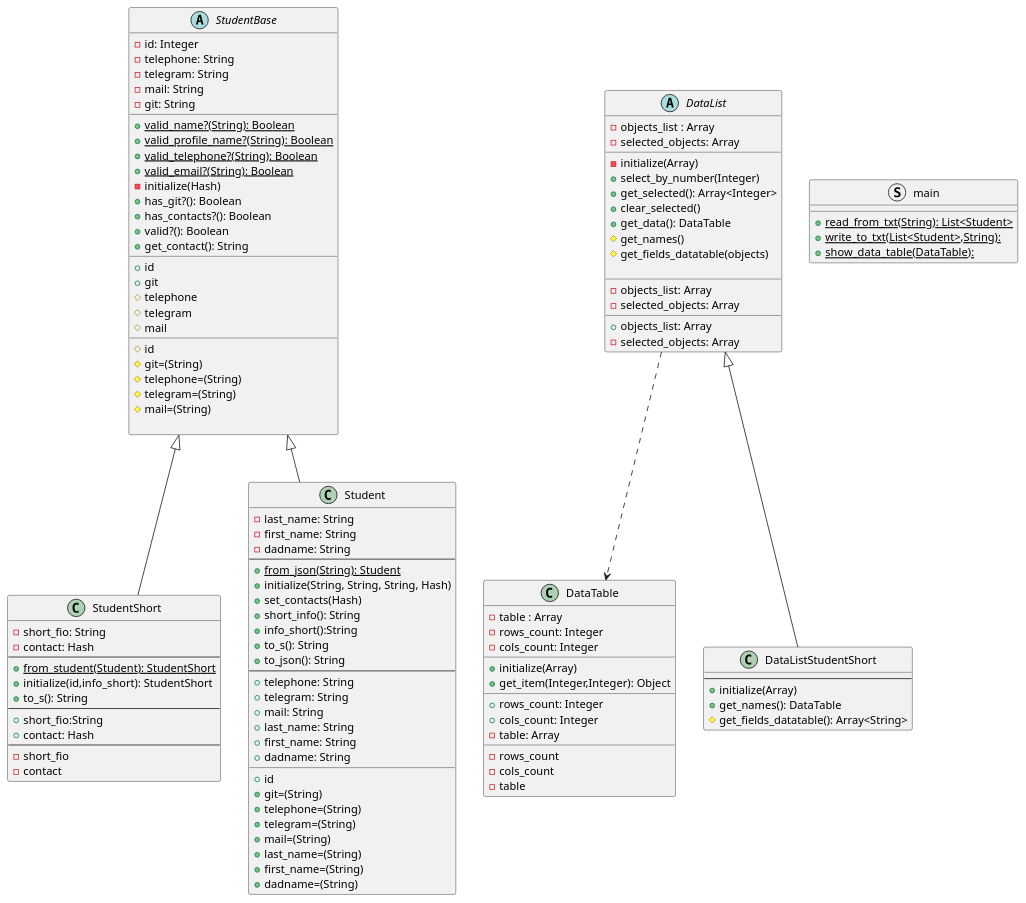
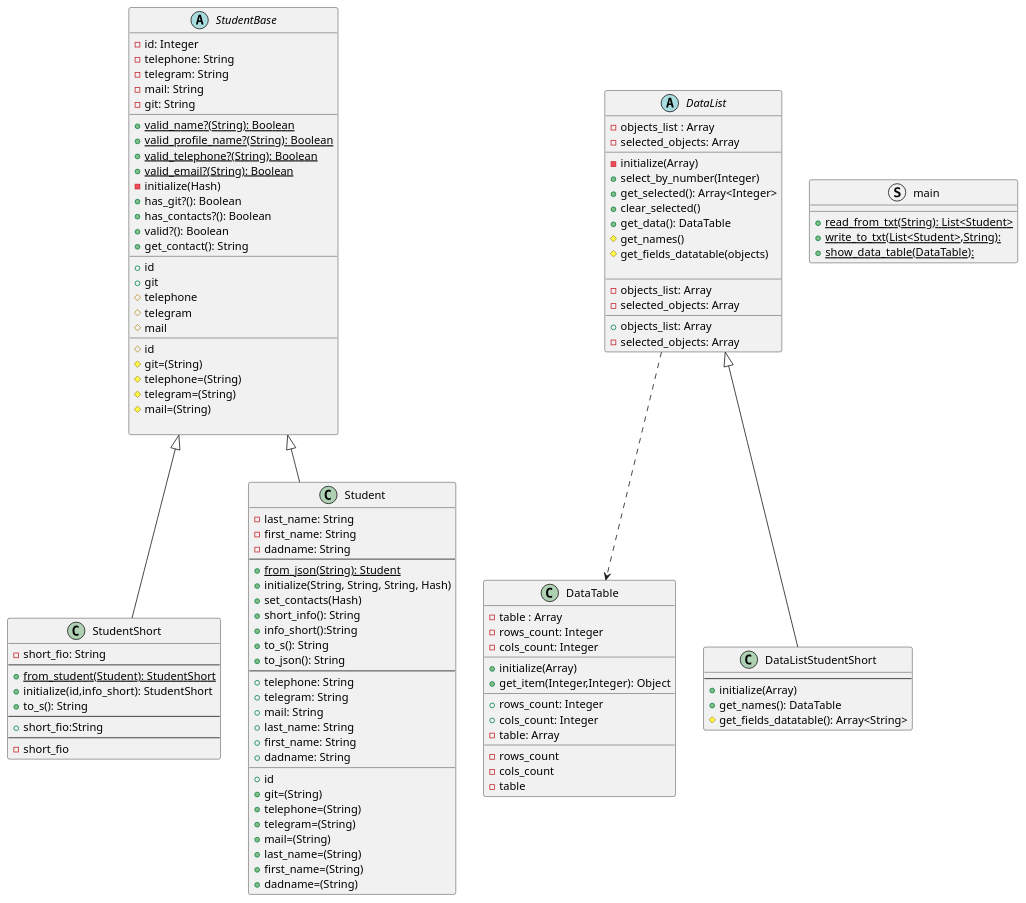
The diagram in LR2/diagram/StudentClassDiagram.puml (KREEAL/RubyLabs), drawn with PlantUML before and after one commit. The commit also changed 2 other files, not shown here.

```diff
--- a/LR2/diagram/StudentClassDiagram.puml
+++ b/LR2/diagram/StudentClassDiagram.puml
@@ -1,130 +1,127 @@
 @startuml
 'https://plantuml.com/class-diagram
 abstract class StudentBase {
     -id: Integer
     -telephone: String
     -telegram: String
     -mail: String
     -git: String
     __
     +{static}valid_name?(String): Boolean
     +{static}valid_profile_name?(String): Boolean
     +{static}valid_telephone?(String): Boolean
     +{static}valid_email?(String): Boolean
     -initialize(Hash)
     +has_git?(): Boolean
     +has_contacts?(): Boolean
     +valid?(): Boolean
     +get_contact(): String
     __
     +id
     +git
     #telephone
     #telegram
     #mail
     __
     #id
     #git=(String)
     #telephone=(String)
     #telegram=(String)
     #mail=(String)
 
 }
 class StudentShort extends StudentBase {
     -short_fio: String
-    -contact: Hash
     --
     +{static}from_student(Student): StudentShort
     +initialize(id,info_short): StudentShort
     +to_s(): String
     --
     +short_fio:String
-    +contact: Hash
     --
     -short_fio
-    -contact
 }
 class Student extends StudentBase{
     -last_name: String
     -first_name: String
     -dadname: String
     --
     +{static}from_json(String): Student
     +initialize(String, String, String, Hash)
     +set_contacts(Hash)
     +short_info(): String
     +info_short():String
     +to_s(): String
     +to_json(): String
     --
     +telephone: String
     +telegram: String
     +mail: String
     +last_name: String
     +first_name: String
     +dadname: String
     __
     +id
     +git=(String)
     +telephone=(String)
     +telegram=(String)
     +mail=(String)
     +last_name=(String)
     +first_name=(String)
     +dadname=(String)
 }
 
 class DataTable{
     -table : Array
     -rows_count: Integer
     -cols_count: Integer
     __
     +initialize(Array)
     +get_item(Integer,Integer): Object
     __
     +rows_count: Integer
     +cols_count: Integer
     -table: Array
     __
     -rows_count
     -cols_count
     -table
 }
 abstract class DataList{
     -objects_list : Array
     -selected_objects: Array
     __
     -initialize(Array)
     +select_by_number(Integer)
     +get_selected(): Array<Integer>
     +clear_selected()
     +get_data(): DataTable
     #get_names()
     #get_fields_datatable(objects)
 
     __
     -objects_list: Array
     -selected_objects: Array
     __
     +objects_list: Array
     -selected_objects: Array
 }
 
 class DataListStudentShort extends DataList{
     --
     +initialize(Array)
     +get_names(): DataTable
     #get_fields_datatable(): Array<String>
 }
 
 
 struct main {
     +{static}read_from_txt(String): List<Student>
     +{static}write_to_txt(List<Student>,String):
     +{static}show_data_table(DataTable):
 }
 
 
 
 DataList ..> DataTable
 @enduml
```
